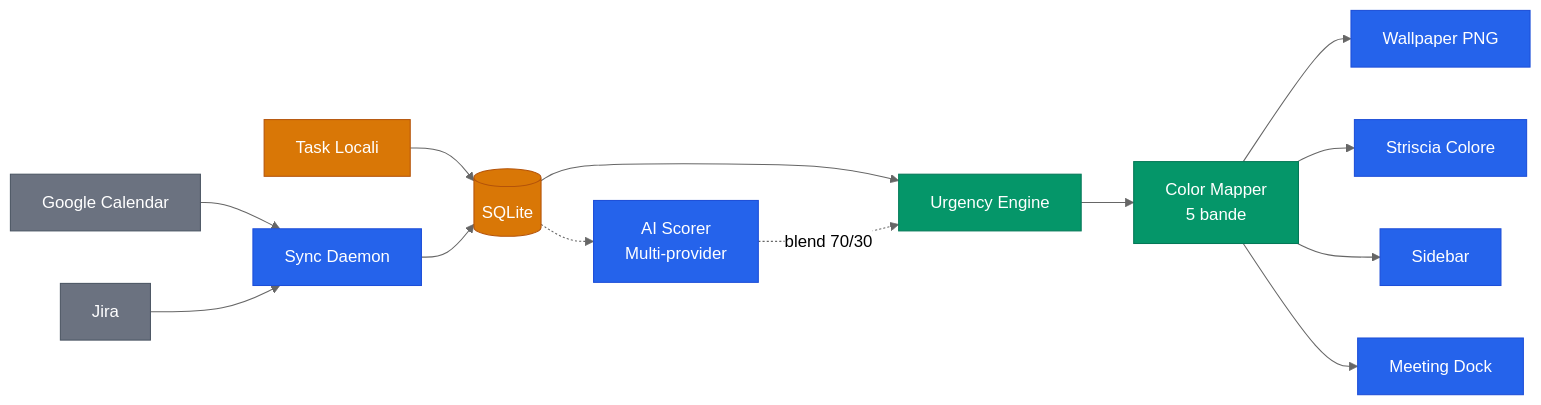
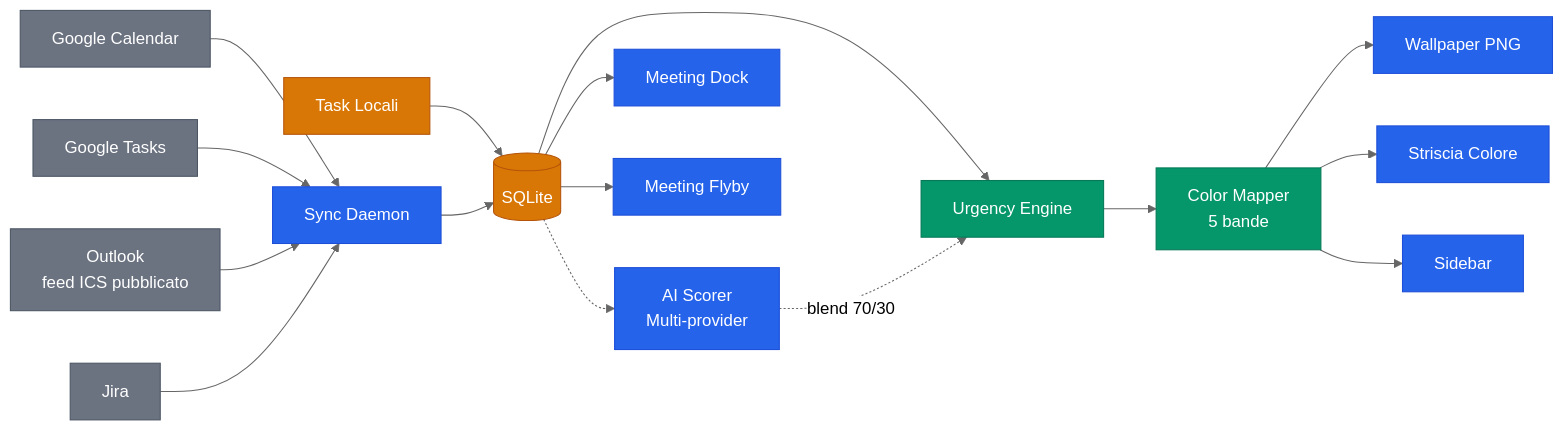
The diagram in README.it.md (AndreaBonn/deadline-aura), drawn with Mermaid before and after one commit. The commit also changed other lines of this file and 3 other files, not shown here.

````diff
--- a/README.it.md
+++ b/README.it.md
@@ -36,40 +38,46 @@
 ```mermaid
 %%{init: {'theme': 'neutral'}}%%
 graph LR
   gcal["Google Calendar"]
+  gtasks["Google Tasks"]
+  outlook["Outlook<br/>feed ICS pubblicato"]
   jira["Jira"]
   local["Task Locali"]
   sync["Sync Daemon"]
   store[("SQLite")]
   ai["AI Scorer<br/>Multi-provider"]
   engine["Urgency Engine"]
   cmap["Color Mapper<br/>5 bande"]
   wallpaper["Wallpaper PNG"]
   strip["Striscia Colore"]
   sidebar["Sidebar"]
   dock["Meeting Dock"]
+  flyby["Meeting Flyby"]
 
   gcal --> sync
+  gtasks --> sync
+  outlook --> sync
   jira --> sync
   local --> store
   sync --> store
   store --> engine
   ai -.->|"blend 70/30"| engine
   store -.-> ai
+  store --> dock
+  store --> flyby
   engine --> cmap
   cmap --> wallpaper
   cmap --> strip
   cmap --> sidebar
-  cmap --> dock
 
   classDef core fill:#2563eb,stroke:#1d4ed8,color:#fff
   classDef data fill:#d97706,stroke:#b45309,color:#fff
   classDef ext fill:#6b7280,stroke:#4b5563,color:#fff
   classDef engine fill:#059669,stroke:#047857,color:#fff
 
-  class gcal,jira ext
+  class gcal,gtasks,outlook,jira ext
   class local,store data
   class sync,ai core
   class engine,cmap engine
-  class wallpaper,strip,sidebar,dock core
+  class wallpaper,strip,sidebar,dock,flyby core
 ```
````
